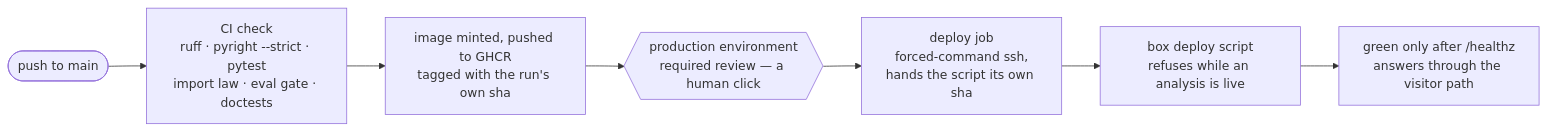
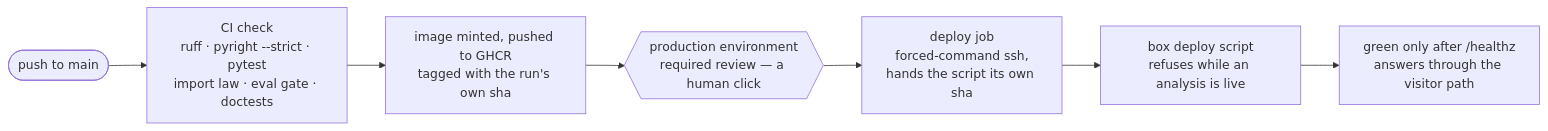
One commit to arda-basarici/steam-lens changed the second of 4 diagrams in ARCHITECTURE.md. Above: the diagram before and after it, drawn with Mermaid. The commit also changed other lines of this file, not shown here.

Commit message:
diagram polish

````diff
--- a/ARCHITECTURE.md
+++ b/ARCHITECTURE.md
@@ -82,17 +83,18 @@
 ```mermaid
+%%{init: {"flowchart": {"diagramPadding": 150}}}%%
 flowchart LR
     PUSH([push to main]) --> CHECK["`CI check
     ruff · pyright --strict · pytest
     import law · eval gate · doctests`"]
     CHECK --> IMG["`image minted, pushed to GHCR
     tagged with the run's own sha`"]
     IMG --> GATE{{"`production environment
     required review — a human click`"}}
     GATE --> DEPLOY["`deploy job
     forced-command ssh,
     hands the script its own sha`"]
     DEPLOY --> SCRIPT["`box deploy script
     refuses while an analysis is live`"]
     SCRIPT --> HEALTH["`green only after /healthz
     answers through the visitor path`"]
 ```
````
